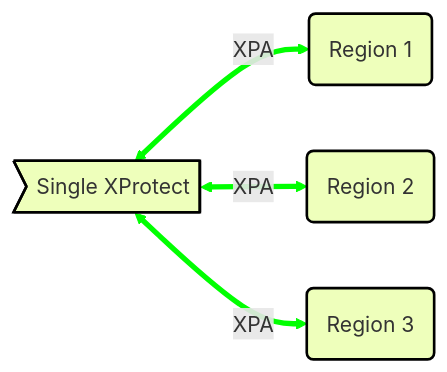
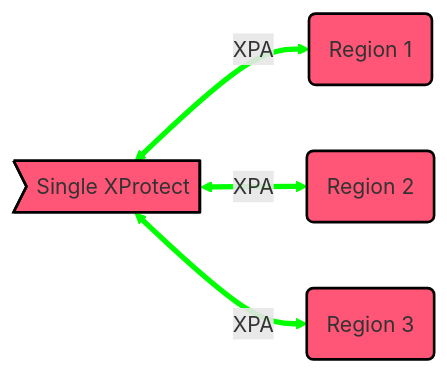
The second of 3 diagrams in docs/Plan/Federated.md (mjt-milestone/XPALenelS2DocSite), drawn with Mermaid before and after one commit. The commit also changed other lines of this file and 1 other file, not shown here.

Commit message:
Distributed mermaids

````diff
--- a/docs/Plan/Federated.md
+++ b/docs/Plan/Federated.md
@@ -35,10 +35,10 @@
     ```mermaid
     flowchart LR
 
         A>Single XProtect]:::XPClass <-->|XPA| B(Region 1):::XPClass
         A <-->|XPA| C(Region 2):::XPClass
         A <-->|XPA| D(Region 3):::XPClass
     
         linkStyle default stroke:#0f0,stroke-width:4px
-        classDef XPClass fill:#efb, stroke:#000, stroke-width:2px
+        classDef XPClass fill:#f57, stroke:#000, stroke-width:2px
     ```
````
